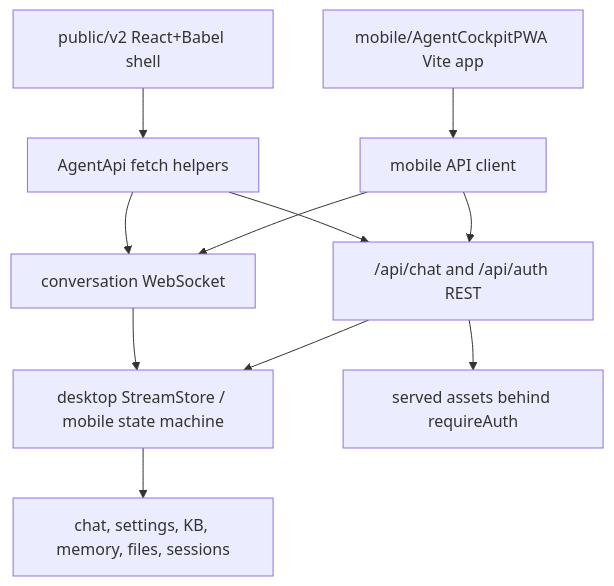
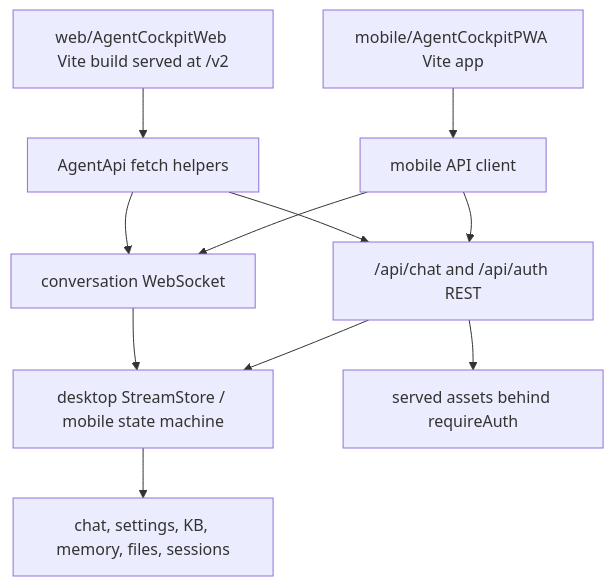
The eighth of 9 diagrams in docs/spec-coverage.md (daronyondem/agent-cockpit), drawn with Mermaid before and after one commit. The commit also changed other lines of this file and 115 other files, not shown here.

````diff
--- a/docs/spec-coverage.md
+++ b/docs/spec-coverage.md
@@ -249,13 +249,13 @@
 ```mermaid
 flowchart TD
-  V2["public/v2 React+Babel shell"] --> AgentApi["AgentApi fetch helpers"]
+  V2["web/AgentCockpitWeb Vite build served at /v2"] --> AgentApi["AgentApi fetch helpers"]
   PWA["mobile/AgentCockpitPWA Vite app"] --> MobileApi["mobile API client"]
   AgentApi --> Rest["/api/chat and /api/auth REST"]
   MobileApi --> Rest
   AgentApi --> Socket["conversation WebSocket"]
   MobileApi --> Socket
   Socket --> StreamStore["desktop StreamStore / mobile state machine"]
   Rest --> StreamStore
   StreamStore --> UI["chat, settings, KB, memory, files, sessions"]
   Rest --> Static["served assets behind requireAuth"]
 ```
````
